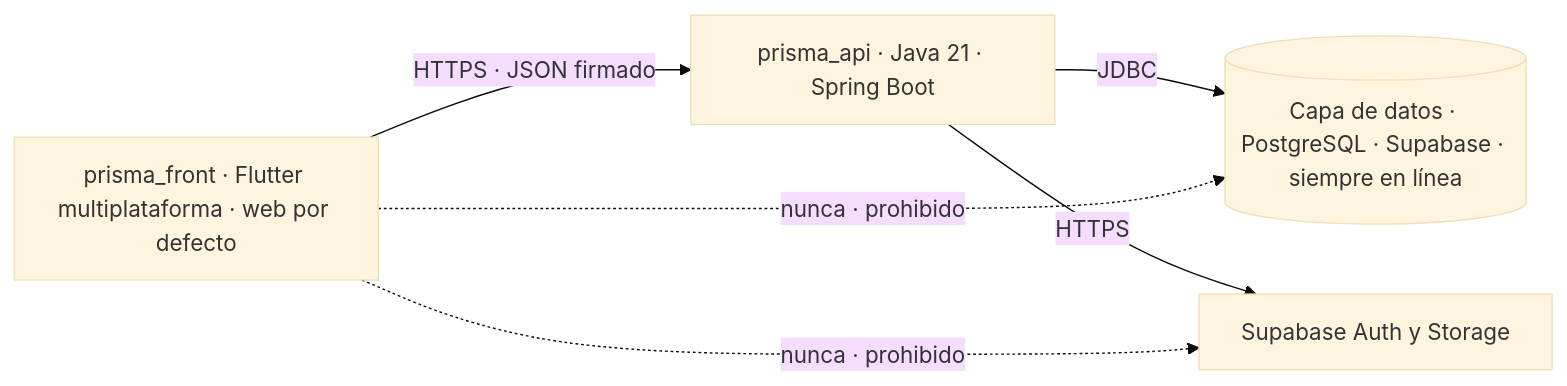
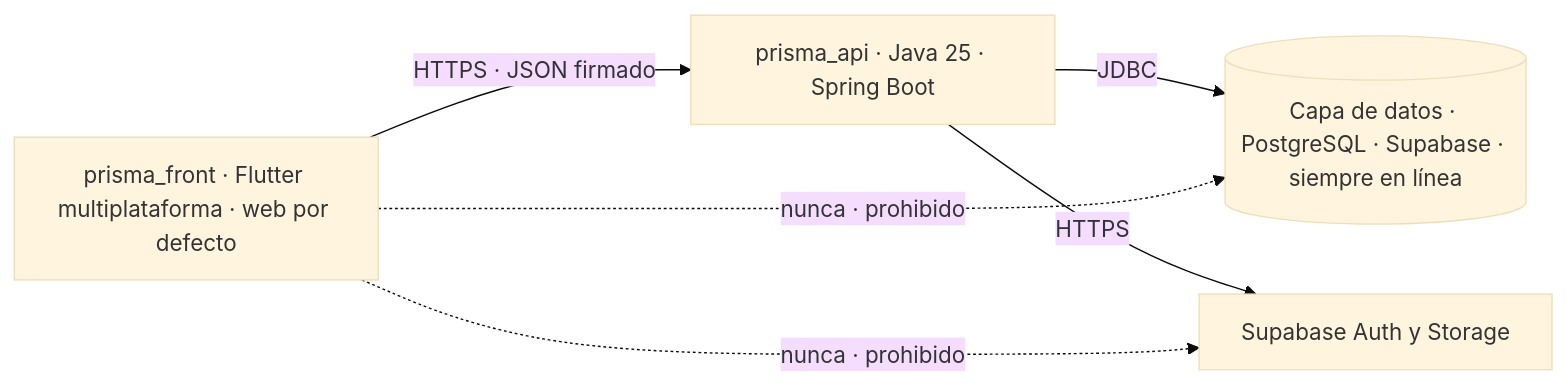
The first of 2 diagrams in docs/07-arquitectura.md (Juanchope039/Finanzas-PRISMA), drawn with Mermaid (base theme) before and after one commit. The commit also changed other lines of this file and 23 other files, not shown here.

````diff
--- a/docs/07-arquitectura.md
+++ b/docs/07-arquitectura.md
@@ -37,8 +38,8 @@
 ```mermaid
 graph LR
-    FRONT[prisma_front · Flutter multiplataforma · web por defecto] -->|HTTPS · JSON firmado| API[prisma_api · Java 21 · Spring Boot]
+    FRONT[prisma_front · Flutter multiplataforma · web por defecto] -->|HTTPS · JSON firmado| API[prisma_api · Java 25 · Spring Boot]
     API -->|JDBC| DB[(Capa de datos · PostgreSQL · Supabase · siempre en línea)]
     API -->|HTTPS| AUTH[Supabase Auth y Storage]
     FRONT -. nunca · prohibido .-> DB
     FRONT -. nunca · prohibido .-> AUTH
 ```
````
